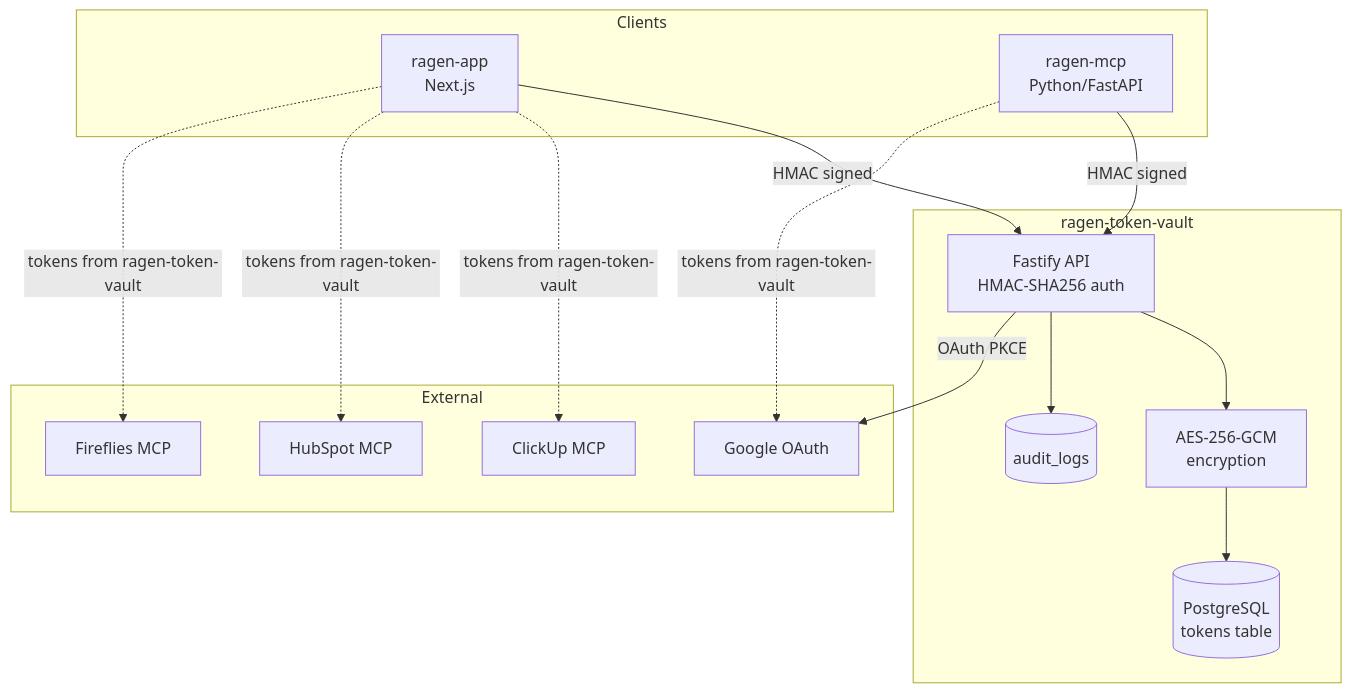
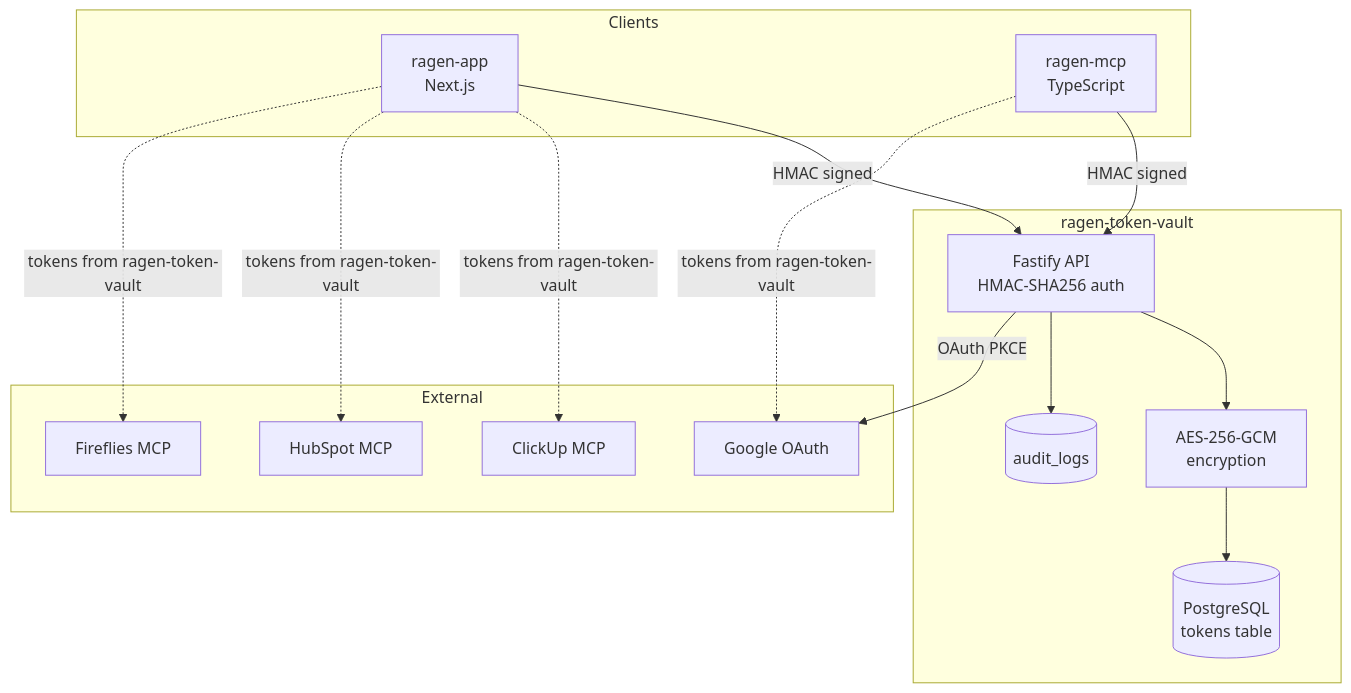
The first of 2 diagrams in README.md (webamigos/ragen-token-vault), drawn with Mermaid before and after one commit. The commit also changed other lines of this file and 3 other files, not shown here.

````diff
--- a/README.md
+++ b/README.md
@@ -64,33 +64,33 @@
 ```mermaid
 flowchart TB
     subgraph Clients
         APP[ragen-app<br/>Next.js]
-        MCP[ragen-mcp<br/>Python/FastAPI]
+        MCP[ragen-mcp<br/>TypeScript]
     end
 
     subgraph ragen-token-vault
         API[Fastify API<br/>HMAC-SHA256 auth]
         ENC[AES-256-GCM<br/>encryption]
         DB[(PostgreSQL<br/>tokens table)]
         AUDIT[(audit_logs)]
     end
 
     subgraph External
         GOOGLE[Google OAuth]
         CLICKUP[ClickUp MCP]
         HUBSPOT[HubSpot MCP]
         FIREFLIES[Fireflies MCP]
     end
 
     APP -->|HMAC signed| API
     MCP -->|HMAC signed| API
     API --> ENC
     ENC --> DB
     API --> AUDIT
     API -->|OAuth PKCE| GOOGLE
 
     APP -.->|tokens from ragen-token-vault| CLICKUP
     APP -.->|tokens from ragen-token-vault| HUBSPOT
     APP -.->|tokens from ragen-token-vault| FIREFLIES
     MCP -.->|tokens from ragen-token-vault| GOOGLE
 ```
````
